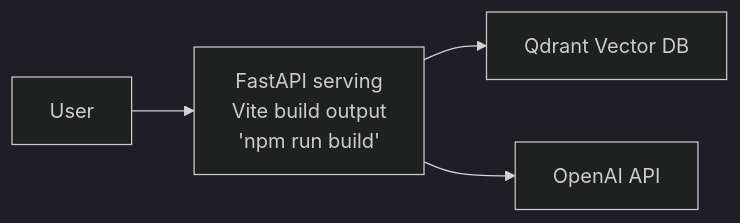
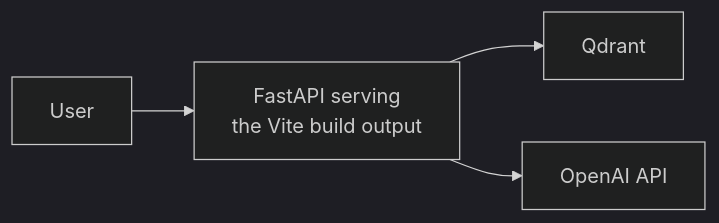
One commit to microsoft/aspire-samples changed the second of 2 diagrams in samples/rag-document-qa-svelte/README.md. Above: the diagram before and after it, drawn with Mermaid (dark theme). The commit also changed other lines of this file and 36 other files, not shown here.

````diff
--- a/samples/rag-document-qa-svelte/README.md
+++ b/samples/rag-document-qa-svelte/README.md
@@ -22,6 +58,6 @@
 ```mermaid
 flowchart LR
-    User --> API[FastAPI serving<br/>Vite build output<br/>'npm run build']
-    API --> Qdrant[Qdrant Vector DB]
+    User --> API[FastAPI serving<br/>the Vite build output]
+    API --> Qdrant[Qdrant]
     API --> OpenAI[OpenAI API]
 ```
````
